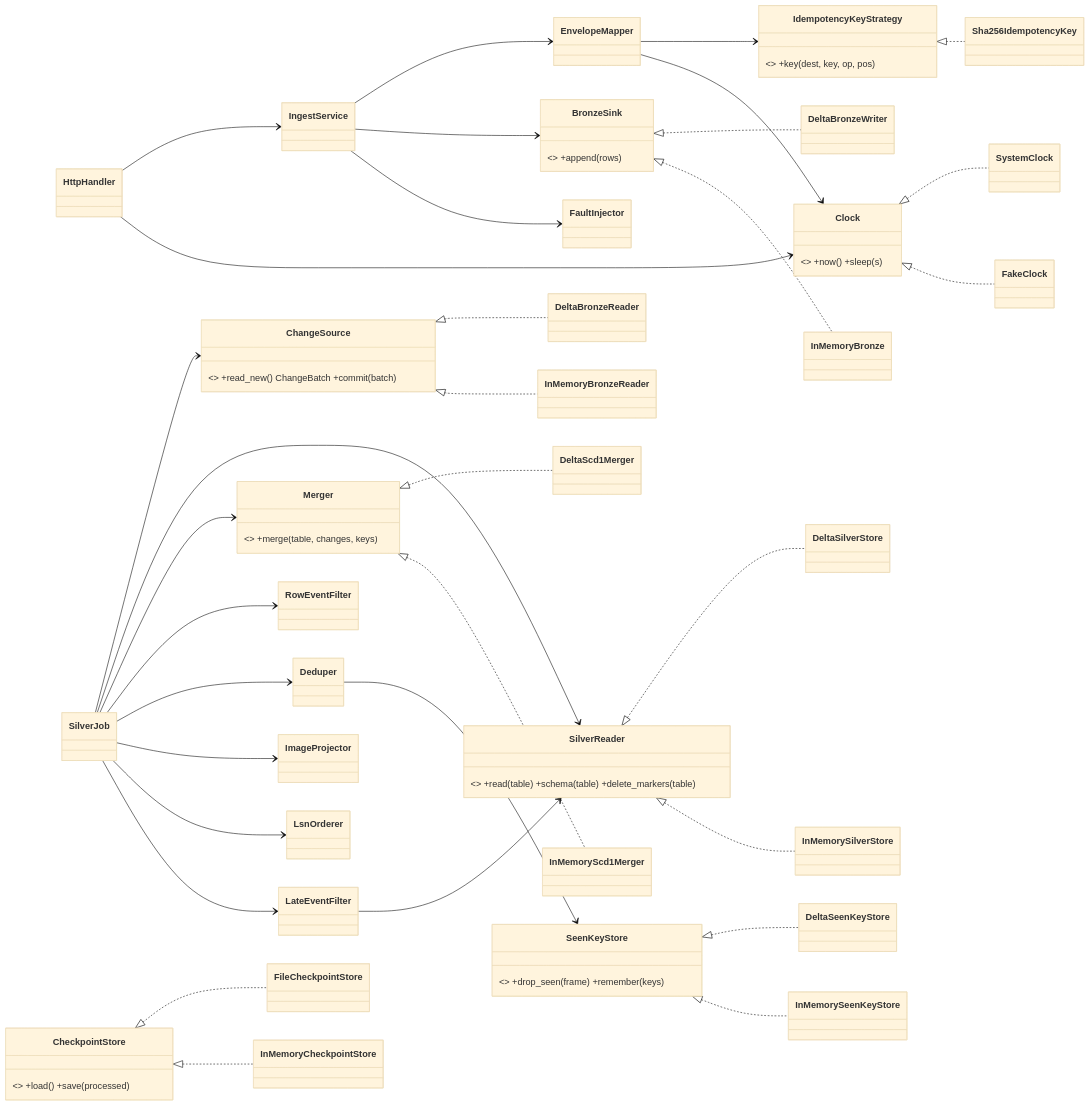
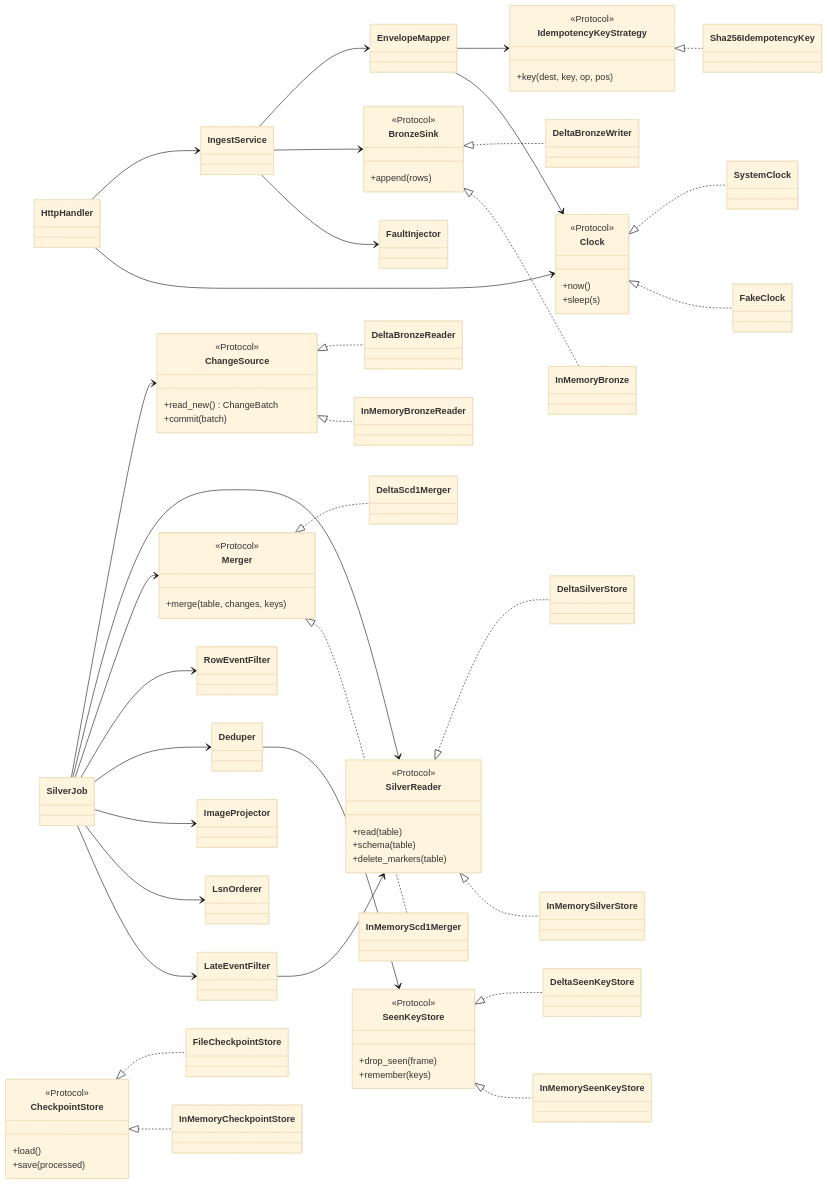
The second of 2 diagrams in README.md (santoshshinde2012/cdc-poc), drawn with Mermaid (base theme) before and after one commit. The commit also changed other lines of this file, not shown here.

Commit message:
README: real clone URL, hand-run quick start, fix class diagram stereotypes, tidy output blocks

````diff
--- a/README.md
+++ b/README.md
@@ -319,14 +338,44 @@
 ```mermaid
 classDiagram
   direction LR
-  class BronzeSink { <<Protocol>> +append(rows) }
-  class ChangeSource { <<Protocol>> +read_new() ChangeBatch +commit(batch) }
-  class CheckpointStore { <<Protocol>> +load() +save(processed) }
-  class SeenKeyStore { <<Protocol>> +drop_seen(frame) +remember(keys) }
-  class SilverReader { <<Protocol>> +read(table) +schema(table) +delete_markers(table) }
-  class Merger { <<Protocol>> +merge(table, changes, keys) }
-  class Clock { <<Protocol>> +now() +sleep(s) }
-  class IdempotencyKeyStrategy { <<Protocol>> +key(dest, key, op, pos) }
+  class BronzeSink {
+    <<Protocol>>
+    +append(rows)
+  }
+  class ChangeSource {
+    <<Protocol>>
+    +read_new() ChangeBatch
+    +commit(batch)
+  }
+  class CheckpointStore {
+    <<Protocol>>
+    +load()
+    +save(processed)
+  }
+  class SeenKeyStore {
+    <<Protocol>>
+    +drop_seen(frame)
+    +remember(keys)
+  }
+  class SilverReader {
+    <<Protocol>>
+    +read(table)
+    +schema(table)
+    +delete_markers(table)
+  }
+  class Merger {
+    <<Protocol>>
+    +merge(table, changes, keys)
+  }
+  class Clock {
+    <<Protocol>>
+    +now()
+    +sleep(s)
+  }
+  class IdempotencyKeyStrategy {
+    <<Protocol>>
+    +key(dest, key, op, pos)
+  }
 
   class EnvelopeMapper
   class IngestService
````
